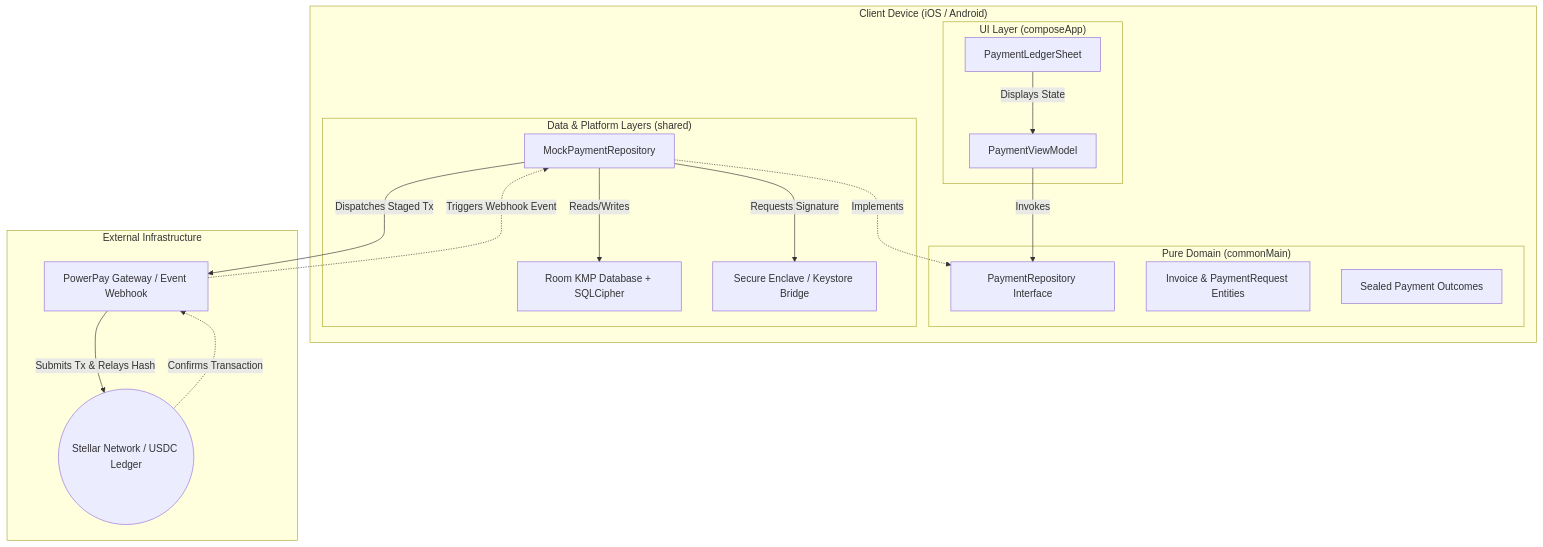
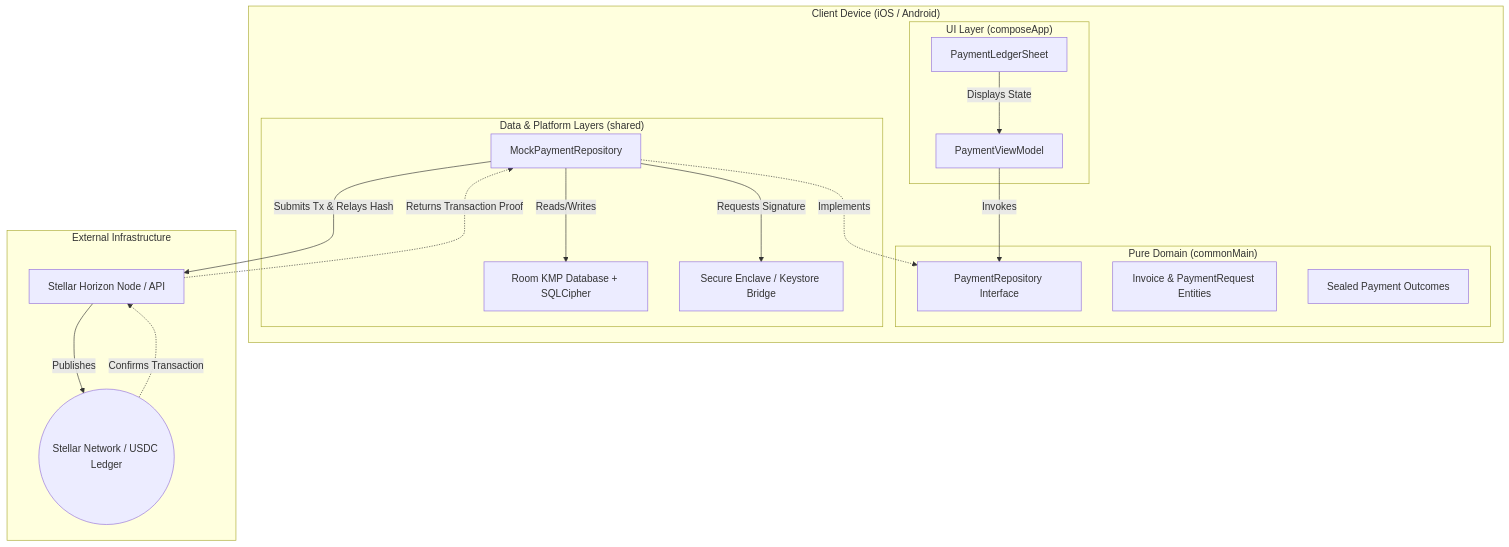
Before and after one commit to justin1028c/Invoice-Hammer: the diagram in SCF_SUBMISSION.md, drawn with Mermaid. The commit also changed other lines of this file and 1 other file, not shown here.

````diff
--- a/SCF_SUBMISSION.md
+++ b/SCF_SUBMISSION.md
@@ -30,33 +39,33 @@
 ```mermaid
 graph TD
     subgraph clientDevice ["Client Device (iOS / Android)"]
         subgraph uiLayer ["UI Layer (composeApp)"]
             VM[PaymentViewModel]
             UI[PaymentLedgerSheet]
         end
         subgraph pureDomain ["Pure Domain (commonMain)"]
             RepoContract["PaymentRepository Interface"]
             Entities["Invoice & PaymentRequest Entities"]
             Outcomes["Sealed Payment Outcomes"]
         end
         subgraph dataPlatform ["Data & Platform Layers (shared)"]
             RepoImpl[MockPaymentRepository]
             DB["Room KMP Database + SQLCipher"]
             Enclave["Secure Enclave / Keystore Bridge"]
         end
     end
     subgraph externalInfra ["External Infrastructure"]
-        PP["PowerPay Gateway / Event Webhook"]
+        HorizonNode["Stellar Horizon Node / API"]
         Stellar(("Stellar Network / USDC Ledger"))
     end
 
     UI -->|Displays State| VM
     VM -->|Invokes| RepoContract
     RepoImpl -.->|Implements| RepoContract
     RepoImpl -->|Reads/Writes| DB
     RepoImpl -->|Requests Signature| Enclave
-    RepoImpl -->|Dispatches Staged Tx| PP
-    PP -->|Submits Tx & Relays Hash| Stellar
-    Stellar -.->|Confirms Transaction| PP
-    PP -.->|Triggers Webhook Event| RepoImpl
+    RepoImpl -->|Submits Tx & Relays Hash| HorizonNode
+    HorizonNode -->|Publishes| Stellar
+    Stellar -.->|Confirms Transaction| HorizonNode
+    HorizonNode -.->|Returns Transaction Proof| RepoImpl
 ```
````
